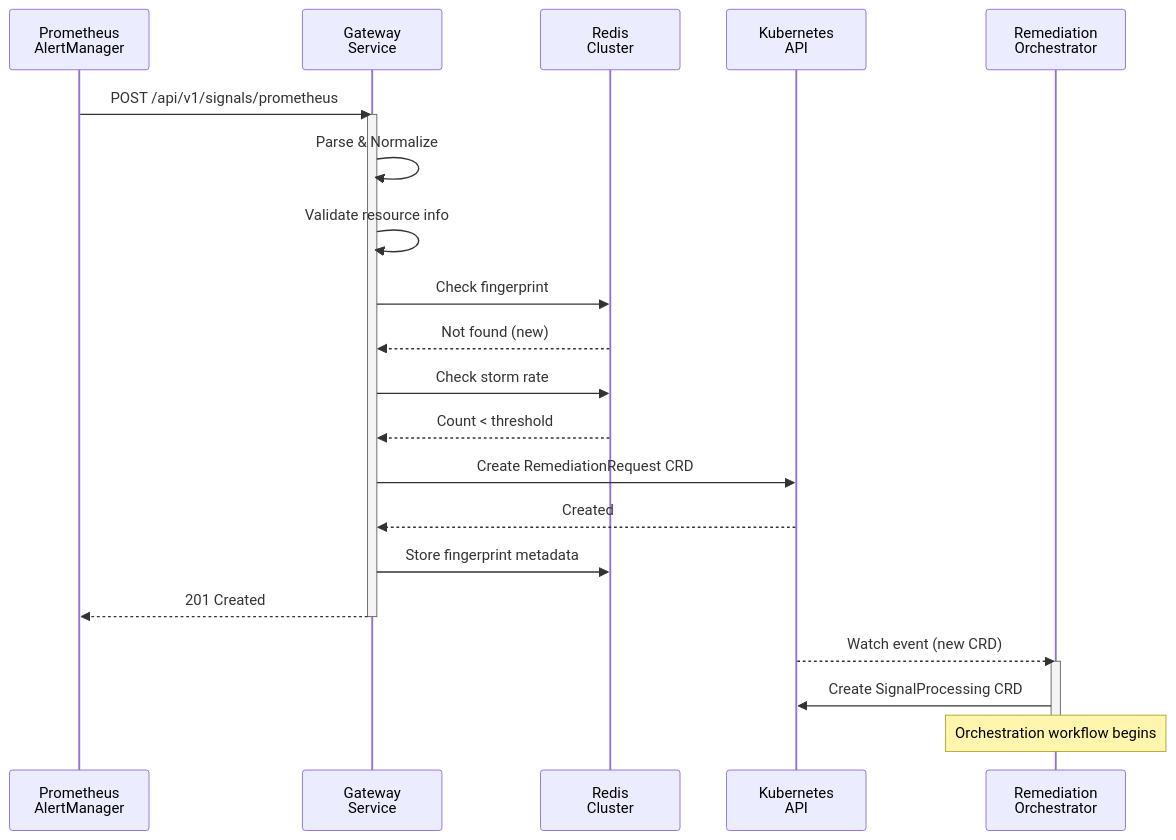
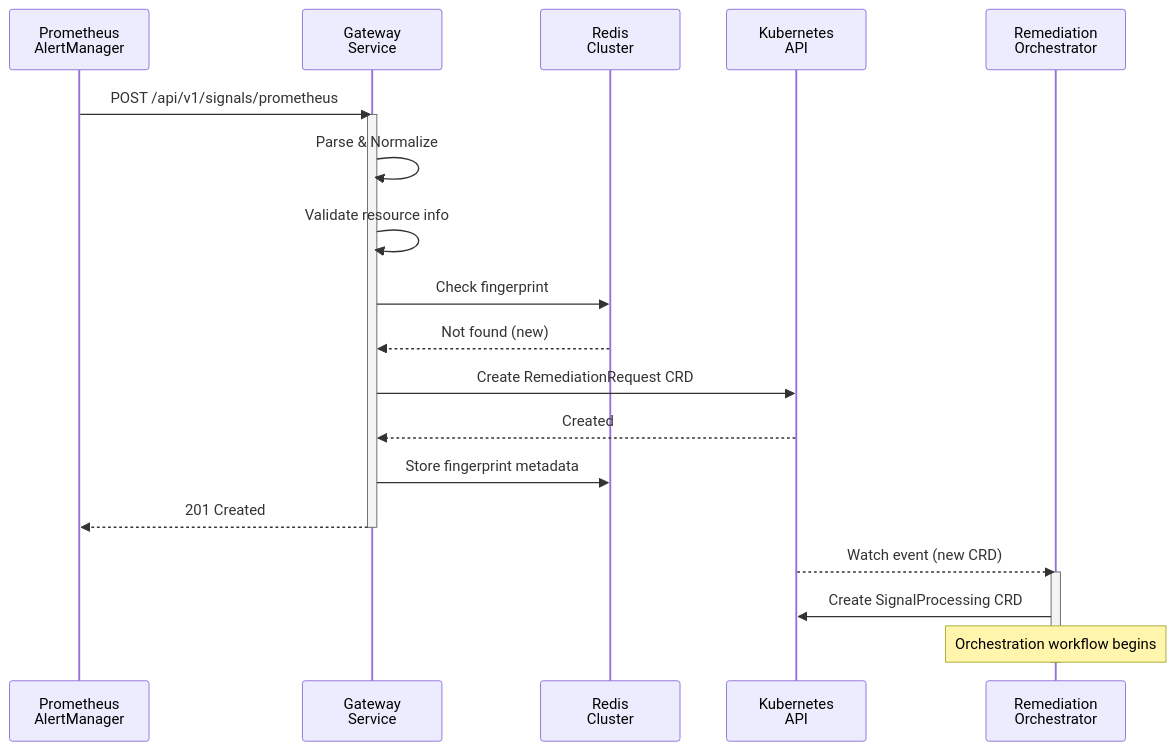
Before and after one commit to jordigilh/kubernaut: the diagram in docs/services/stateless/gateway-service/integration-points.md, drawn with Mermaid. The commit also changed other lines of this file and 74 other files, not shown here.

````diff
--- a/docs/services/stateless/gateway-service/integration-points.md
+++ b/docs/services/stateless/gateway-service/integration-points.md
@@ -232,34 +202,31 @@
 ```mermaid
 sequenceDiagram
     participant PM as Prometheus<br/>AlertManager
     participant GW as Gateway<br/>Service
     participant Redis as Redis<br/>Cluster
     participant K8S as Kubernetes<br/>API
     participant RO as Remediation<br/>Orchestrator
 
     PM->>GW: POST /api/v1/signals/prometheus
     activate GW
 
     GW->>GW: Parse & Normalize
     GW->>GW: Validate resource info
 
     GW->>Redis: Check fingerprint
     Redis-->>GW: Not found (new)
 
-    GW->>Redis: Check storm rate
-    Redis-->>GW: Count < threshold
-
     GW->>K8S: Create RemediationRequest CRD
     K8S-->>GW: Created
 
     GW->>Redis: Store fingerprint metadata
 
     GW-->>PM: 201 Created
     deactivate GW
 
     K8S-->>RO: Watch event (new CRD)
     activate RO
     RO->>K8S: Create SignalProcessing CRD
     Note over RO: Orchestration workflow begins
     deactivate RO
 ```
````
